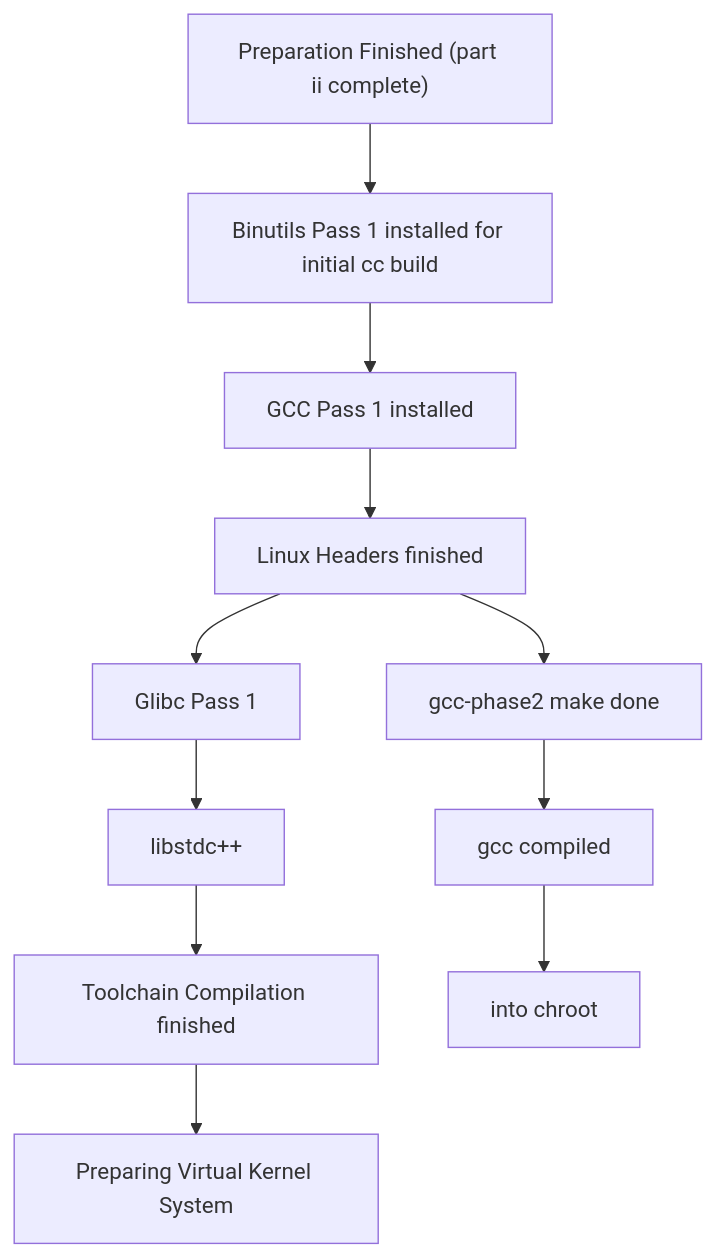
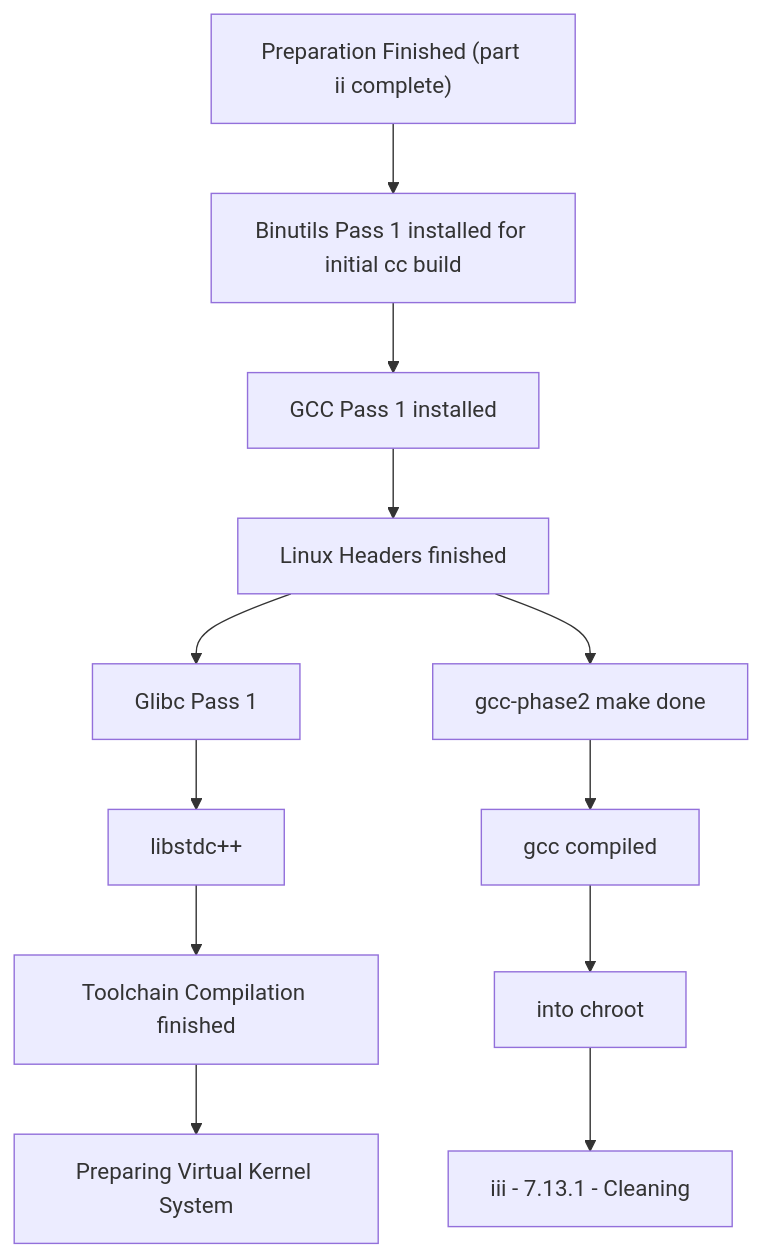
One commit to Somayyah/lfs changed the diagram in snapshots.md. Above: the diagram before and after it, drawn with Mermaid.

Commit message:
Into Part IV

````diff
--- a/snapshots.md
+++ b/snapshots.md
@@ -5,18 +5,19 @@
 ```mermaid
 flowchart TD;
     A["Preparation Finished (part ii complete)"]
     B["Binutils Pass 1 installed for initial cc build"]
     C["GCC Pass 1 installed"]
     D["Linux Headers finished"]
     E["Glibc Pass 1"]
     F["libstdc++"]
     G["Toolchain Compilation finished"]
     H["Preparing Virtual Kernel System"]
 
     D2["gcc-phase2 make done"]
 	E2["gcc compiled"]
 	F2["into chroot"]
+	G2["iii - 7.13.1 - Cleaning"]
 	
     A --> B --> C --> D --> E --> F --> G --> H;
-    D --> D2 --> E2 --> F2;
+    D --> D2 --> E2 --> F2 --> G2;
 ```
````
